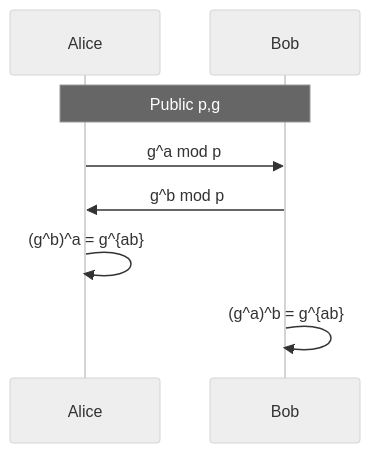
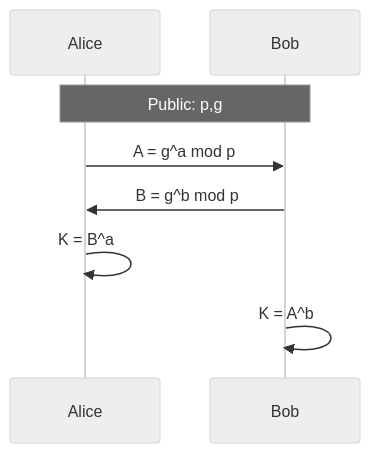
Diagram 13 of 14 in README.md (Ashutosh-Repos/cryptography), drawn with Mermaid (neutral theme) before and after one commit. The commit also changed other lines of this file, not shown here.

First line of the commit message:
Revise Unit-II on Public-Key Cryptography

````diff
--- a/README.md
+++ b/README.md
@@ -252,10 +461,8 @@
 ```mermaid
 sequenceDiagram
-    participant A as Alice
-    participant B as Bob
-    Note over A,B: Public p,g
-    A->>B: g^a mod p
-    B->>A: g^b mod p
-    A->>A: (g^b)^a = g^{ab}
-    B->>B: (g^a)^b = g^{ab}
+    Note over Alice,Bob: Public: p,g
+    Alice->>Bob: A = g^a mod p
+    Bob->>Alice: B = g^b mod p
+    Alice->>Alice: K = B^a
+    Bob->>Bob: K = A^b
 ```
````
